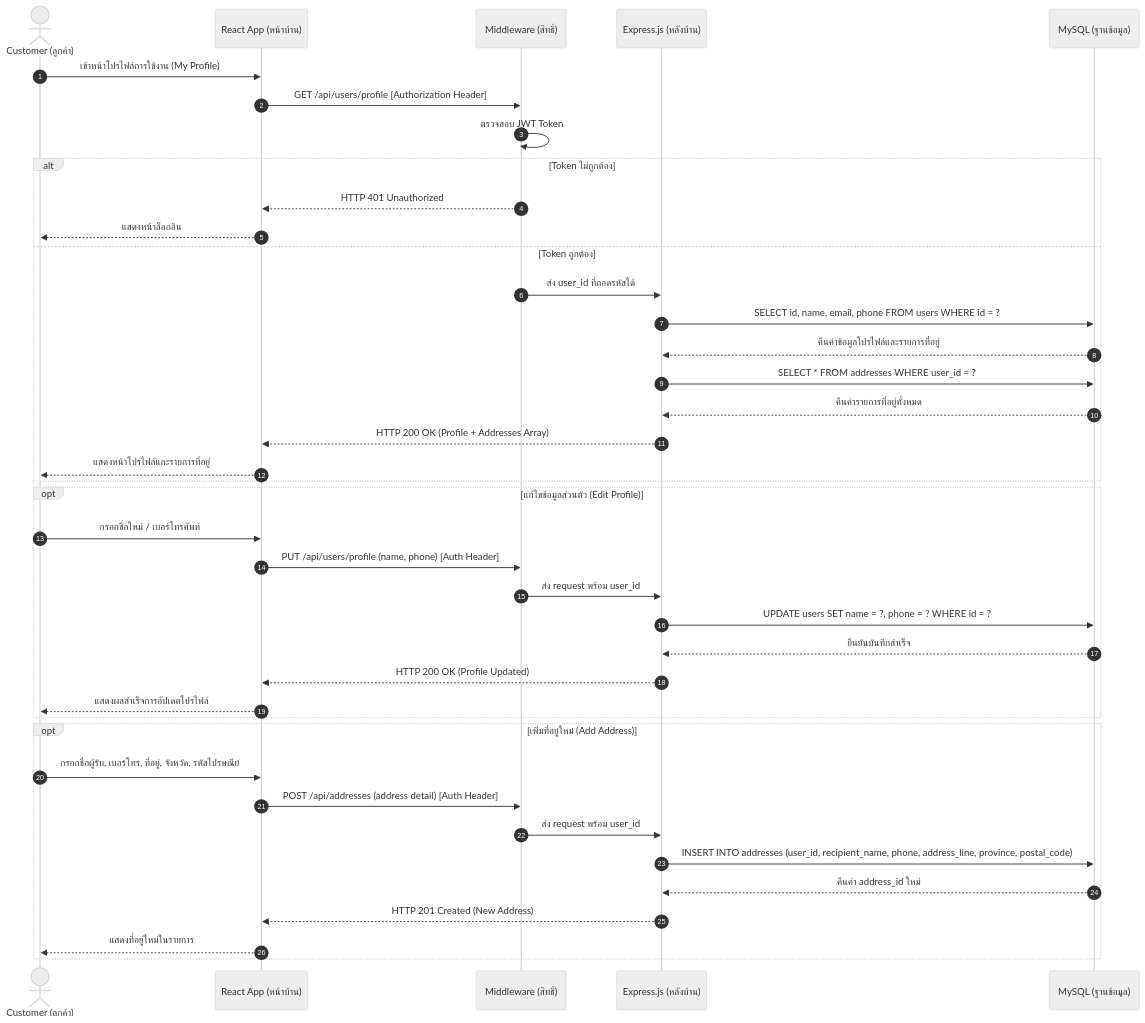
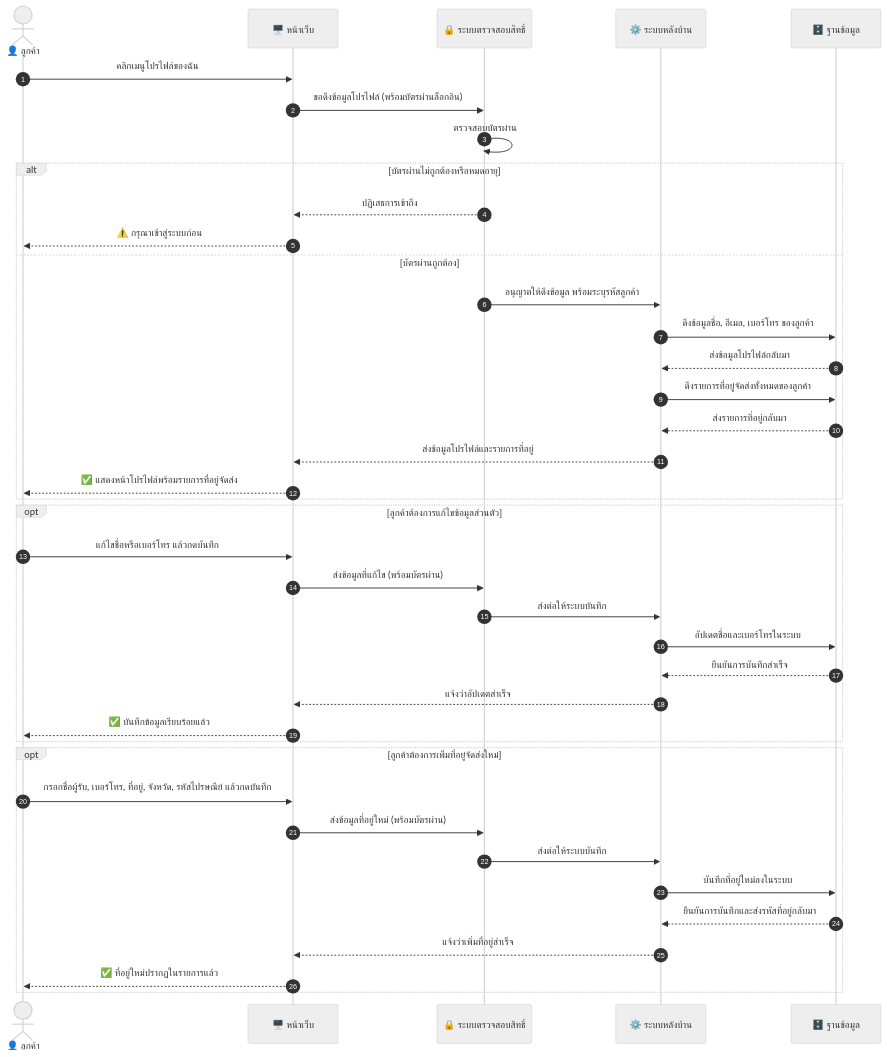
One commit to SupvichSpuGM/online-bookstore changed the fourth of 15 diagrams in diagram/Diagram.md. Above: the diagram before and after it, drawn with Mermaid (neutral theme). The commit also changed other lines of this file and 1 other file, not shown here.

````diff
--- a/diagram/Diagram.md
+++ b/diagram/Diagram.md
@@ -275,45 +286,45 @@
 ```mermaid
 sequenceDiagram
-            autonumber
-            actor Customer as Customer (ลูกค้า)
-            participant Client as React App (หน้าบ้าน)
-            participant AuthMW as Middleware (สิทธิ์)
-            participant API as Express.js (หลังบ้าน)
-            participant DB as MySQL (ฐานข้อมูล)
+    autonumber
+    actor Customer as 👤 ลูกค้า
+    participant Web as 🖥️ หน้าเว็บ
+    participant Guard as 🔒 ระบบตรวจสอบสิทธิ์
+    participant App as ⚙️ ระบบหลังบ้าน
+    participant DB as 🗄️ ฐานข้อมูล
 
-            Customer->>Client: เข้าหน้าโปรไฟล์การใช้งาน (My Profile)
-            Client->>AuthMW: GET /api/users/profile [Authorization Header]
-            AuthMW->>AuthMW: ตรวจสอบ JWT Token
-            alt Token ไม่ถูกต้อง
-                AuthMW-->>Client: HTTP 401 Unauthorized
-                Client-->>Customer: แสดงหน้าล็อกอิน
-            else Token ถูกต้อง
-                AuthMW->>API: ส่ง user_id ที่ถอดรหัสได้
-                API->>DB: SELECT id, name, email, phone FROM users WHERE id = ?
-                DB-->>API: คืนค่าข้อมูลโปรไฟล์และรายการที่อยู่
-                API->>DB: SELECT * FROM addresses WHERE user_id = ?
-                DB-->>API: คืนค่ารายการที่อยู่ทั้งหมด
-                API-->>Client: HTTP 200 OK (Profile + Addresses Array)
-                Client-->>Customer: แสดงหน้าโปรไฟล์และรายการที่อยู่
-            end
+    Customer->>Web: คลิกเมนูโปรไฟล์ของฉัน
+    Web->>Guard: ขอดึงข้อมูลโปรไฟล์ (พร้อมบัตรผ่านล็อกอิน)
+    Guard->>Guard: ตรวจสอบบัตรผ่าน
+    alt บัตรผ่านไม่ถูกต้องหรือหมดอายุ
+        Guard-->>Web: ปฏิเสธการเข้าถึง
+        Web-->>Customer: ⚠️ กรุณาเข้าสู่ระบบก่อน
+    else บัตรผ่านถูกต้อง
+        Guard->>App: อนุญาตให้ดึงข้อมูล พร้อมระบุรหัสลูกค้า
+        App->>DB: ดึงข้อมูลชื่อ, อีเมล, เบอร์โทร ของลูกค้า
+        DB-->>App: ส่งข้อมูลโปรไฟล์กลับมา
+        App->>DB: ดึงรายการที่อยู่จัดส่งทั้งหมดของลูกค้า
+        DB-->>App: ส่งรายการที่อยู่กลับมา
+        App-->>Web: ส่งข้อมูลโปรไฟล์และรายการที่อยู่
+        Web-->>Customer: ✅ แสดงหน้าโปรไฟล์พร้อมรายการที่อยู่จัดส่ง
+    end
 
-            opt แก้ไขข้อมูลส่วนตัว (Edit Profile)
-                Customer->>Client: กรอกชื่อใหม่ / เบอร์โทรศัพท์
-                Client->>AuthMW: PUT /api/users/profile (name, phone) [Auth Header]
-                AuthMW->>API: ส่ง request พร้อม user_id
-                API->>DB: UPDATE users SET name = ?, phone = ? WHERE id = ?
-                DB-->>API: ยืนยันบันทึกสำเร็จ
-                API-->>Client: HTTP 200 OK (Profile Updated)
-                Client-->>Customer: แสดงผลสำเร็จการอัปเดตโปรไฟล์
-            end
+    opt ลูกค้าต้องการแก้ไขข้อมูลส่วนตัว
+        Customer->>Web: แก้ไขชื่อหรือเบอร์โทร แล้วกดบันทึก
+        Web->>Guard: ส่งข้อมูลที่แก้ไข (พร้อมบัตรผ่าน)
+        Guard->>App: ส่งต่อให้ระบบบันทึก
+        App->>DB: อัปเดตชื่อและเบอร์โทรในระบบ
+        DB-->>App: ยืนยันการบันทึกสำเร็จ
+        App-->>Web: แจ้งว่าอัปเดตสำเร็จ
+        Web-->>Customer: ✅ บันทึกข้อมูลเรียบร้อยแล้ว
+    end
 
-            opt เพิ่มที่อยู่ใหม่ (Add Address)
-                Customer->>Client: กรอกชื่อผู้รับ, เบอร์โทร, ที่อยู่, จังหวัด, รหัสไปรษณีย์
-                Client->>AuthMW: POST /api/addresses (address detail) [Auth Header]
-                AuthMW->>API: ส่ง request พร้อม user_id
-                API->>DB: INSERT INTO addresses (user_id, recipient_name, phone, address_line, province, postal_code)
-                DB-->>API: คืนค่า address_id ใหม่
-                API-->>Client: HTTP 201 Created (New Address)
-                Client-->>Customer: แสดงที่อยู่ใหม่ในรายการ
-            end
+    opt ลูกค้าต้องการเพิ่มที่อยู่จัดส่งใหม่
+        Customer->>Web: กรอกชื่อผู้รับ, เบอร์โทร, ที่อยู่, จังหวัด, รหัสไปรษณีย์ แล้วกดบันทึก
+        Web->>Guard: ส่งข้อมูลที่อยู่ใหม่ (พร้อมบัตรผ่าน)
+        Guard->>App: ส่งต่อให้ระบบบันทึก
+        App->>DB: บันทึกที่อยู่ใหม่ลงในระบบ
+        DB-->>App: ยืนยันการบันทึกและส่งรหัสที่อยู่กลับมา
+        App-->>Web: แจ้งว่าเพิ่มที่อยู่สำเร็จ
+        Web-->>Customer: ✅ ที่อยู่ใหม่ปรากฏในรายการแล้ว
+    end
 ```
````
